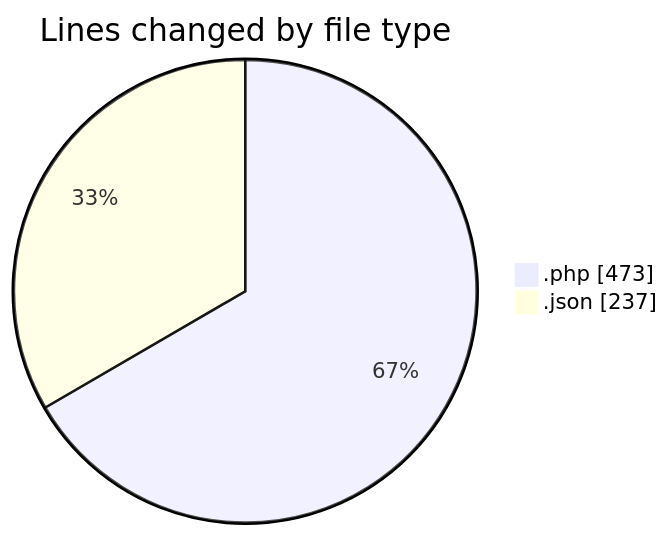
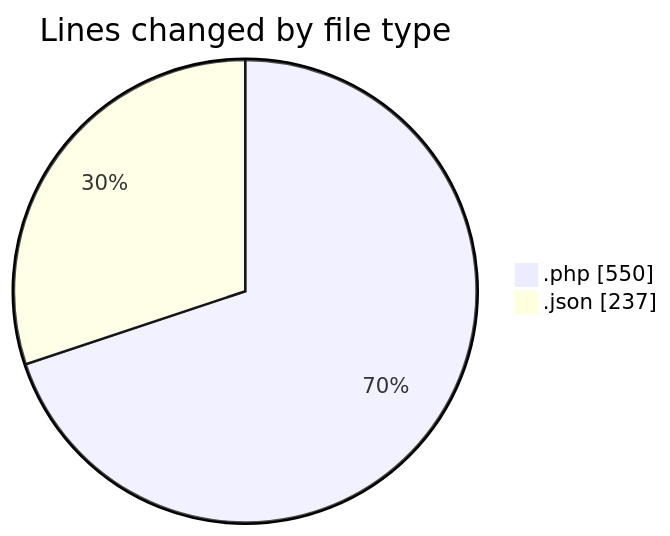
The first of 2 diagrams in 2025-06-09/studio-backend/README.md (idhammustaqopulfikri/code-tracking), drawn with Mermaid before and after one commit. The commit also changed other lines of this file and 1 other file, not shown here.

````diff
--- a/2025-06-09/studio-backend/README.md
+++ b/2025-06-09/studio-backend/README.md
@@ -24,6 +25,6 @@
 ```mermaid
 pie showData
 title Lines changed by file type
-".php" : 473
+".php" : 550
 ".json" : 237
 ```
````
